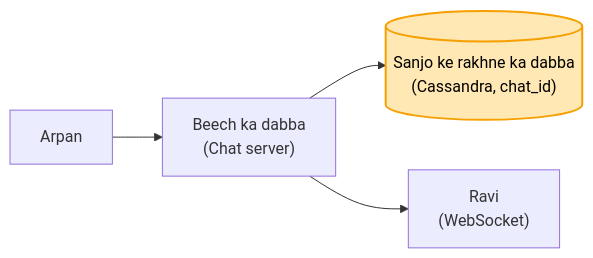
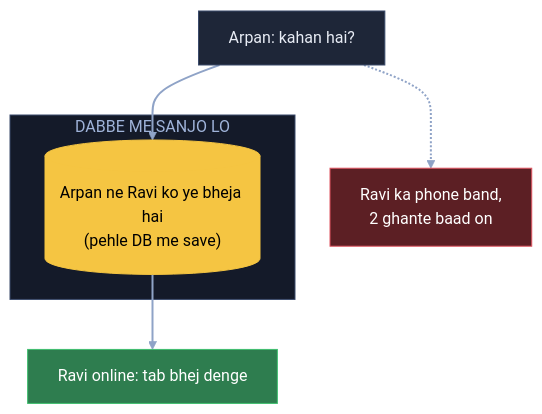
One commit to ArpanMaheshwari144/Prep changed the second of 12 diagrams in 04_HLD/SYSTEM_DESIGNS/14_chat_messaging/14_chat_messaging.md. Above: the diagram before and after it, drawn with Mermaid. The commit also changed other lines of this file, not shown here.

Commit message:
Chat: 12 diagram hand notes ke shabdon se

````diff
--- a/04_HLD/SYSTEM_DESIGNS/14_chat_messaging/14_chat_messaging.md
+++ b/04_HLD/SYSTEM_DESIGNS/14_chat_messaging/14_chat_messaging.md
@@ -55,7 +67,18 @@
 ```mermaid
-flowchart LR
-    A["Arpan"] --> S["Beech ka dabba<br/>(Chat server)"]
-    S --> D[("Sanjo ke rakhne ka dabba<br/>(Cassandra, chat_id)")]
-    S --> R["Ravi<br/>(WebSocket)"]
-    style D fill:#ffe8b3,stroke:#f59f00,stroke-width:2px,color:#000
+flowchart TB
+    A["Arpan: kahan hai?"]:::card
+    X["Ravi ka phone band,<br/>2 ghante baad on"]:::bad
+    subgraph SJ["DABBE ME SANJO LO"]
+        D[("Arpan ne Ravi ko ye bheja hai<br/>(pehle DB me save)")]:::pill
+    end
+    R["Ravi online: tab bhej denge"]:::good
+    A --> D
+    A -.-> X
+    D --> R
+    linkStyle default stroke:#8fa3c7,stroke-width:2px
+    classDef card fill:#1e2638,stroke:#3a4a6b,color:#e8ecf5
+    classDef pill fill:#f5c542,stroke:#f5c542,color:#000
+    classDef good fill:#2e7d4f,stroke:#3fbf6f,color:#fff
+    classDef bad fill:#5c1f24,stroke:#e05561,color:#fff
+    style SJ fill:#141a29,stroke:#3a4a6b,color:#9fb3d9
 ```
````
